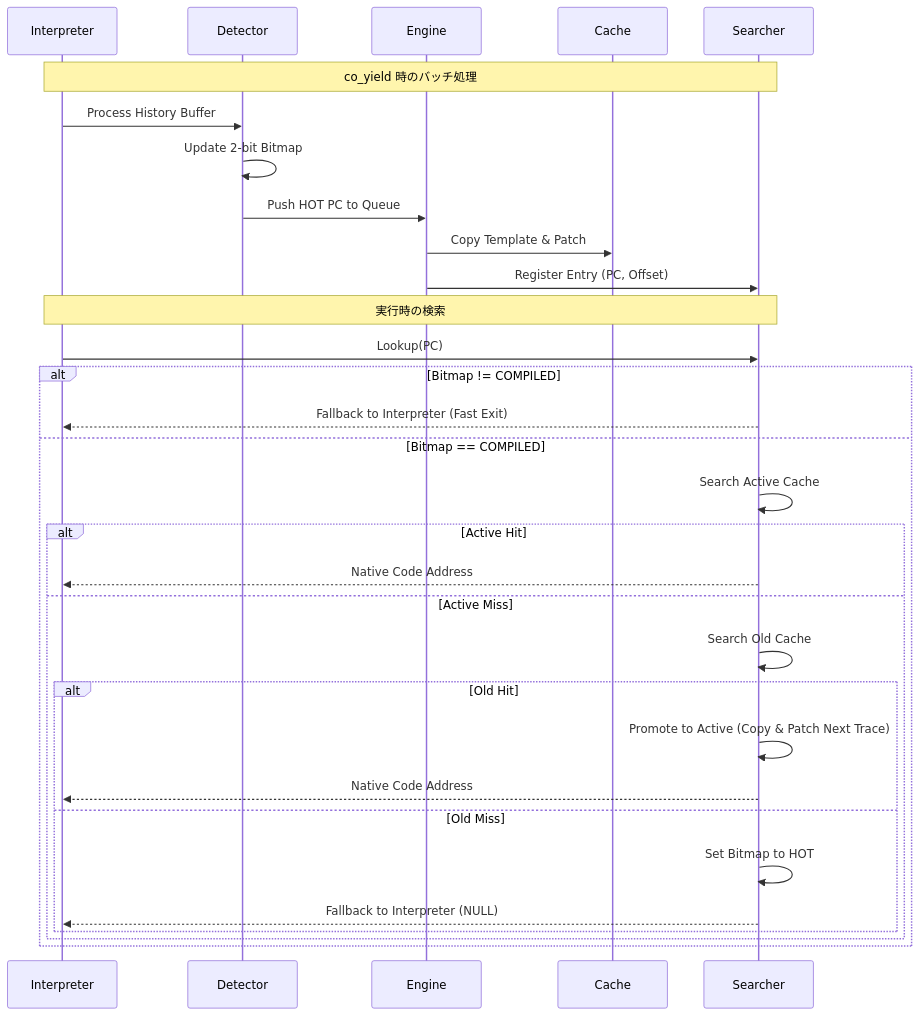
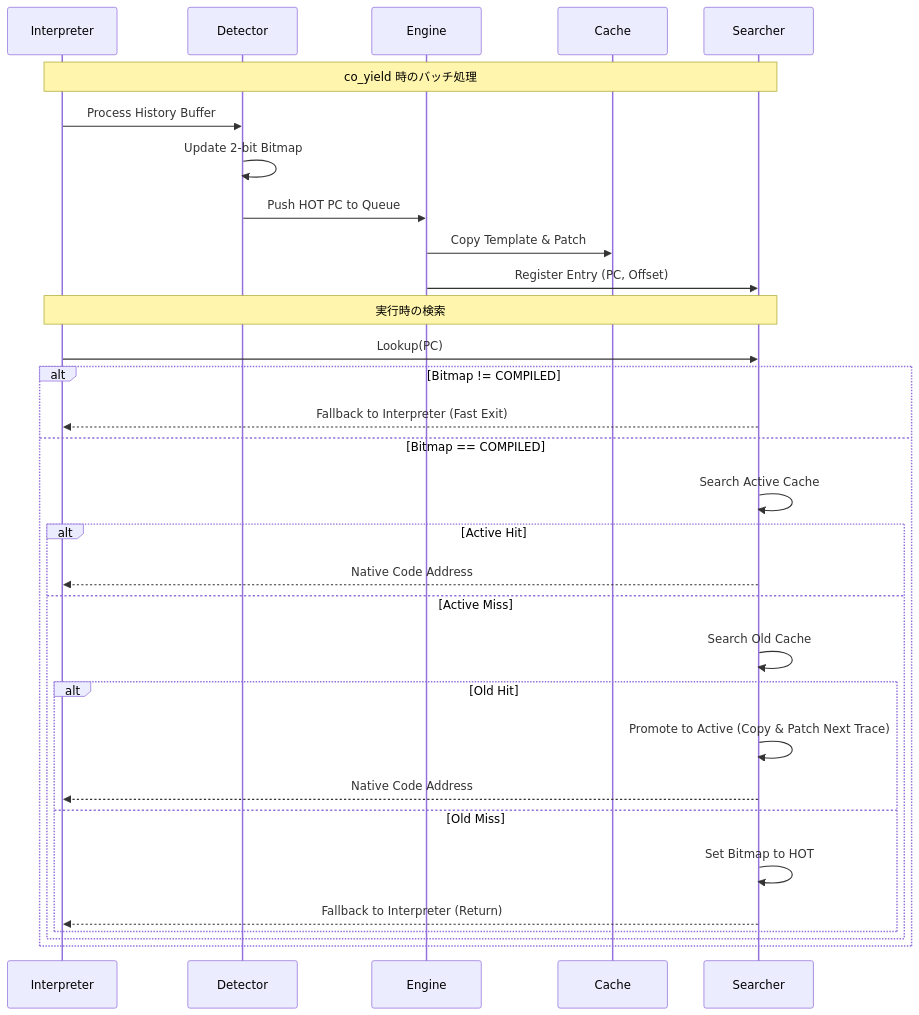
Before and after one commit to kmt-t/fireball: the third of 3 diagrams in docs/orders/components/jit_compiler.md, drawn with Mermaid. The commit also changed other lines of this file and 2 other files, not shown here.

Commit message:
refine specs.

````diff
--- a/docs/orders/components/jit_compiler.md
+++ b/docs/orders/components/jit_compiler.md
@@ -136,35 +136,35 @@
 ```mermaid
 sequenceDiagram
     participant I as Interpreter
     participant D as Detector
     participant E as Engine
     participant C as Cache
     participant S as Searcher
 
     Note over I, S: co_yield 時のバッチ処理
     I->>D: Process History Buffer
     D->>D: Update 2-bit Bitmap
     D->>E: Push HOT PC to Queue
     E->>C: Copy Template & Patch
     E->>S: Register Entry (PC, Offset)
     
     Note over I, S: 実行時の検索
     I->>S: Lookup(PC)
     alt Bitmap != COMPILED
         S-->>I: Fallback to Interpreter (Fast Exit)
     else Bitmap == COMPILED
         S->>S: Search Active Cache
         alt Active Hit
             S-->>I: Native Code Address
         else Active Miss
             S->>S: Search Old Cache
             alt Old Hit
                 S->>S: Promote to Active (Copy & Patch Next Trace)
                 S-->>I: Native Code Address
             else Old Miss
                 S->>S: Set Bitmap to HOT
-                S-->>I: Fallback to Interpreter (NULL)
+                S-->>I: Fallback to Interpreter (Return)
             end
         end
     end
 ```
````
